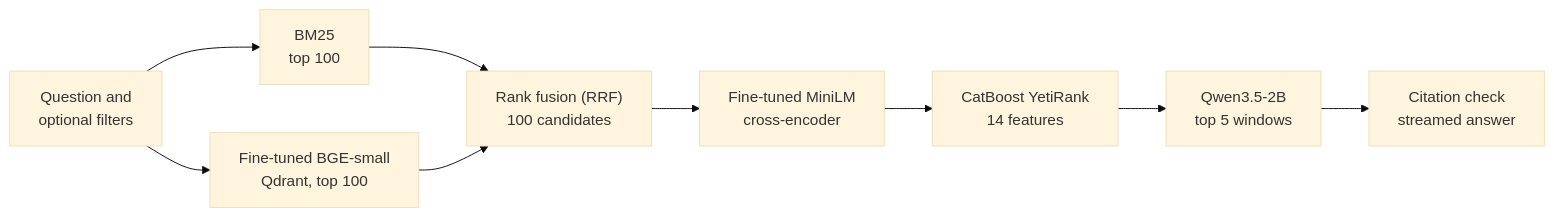
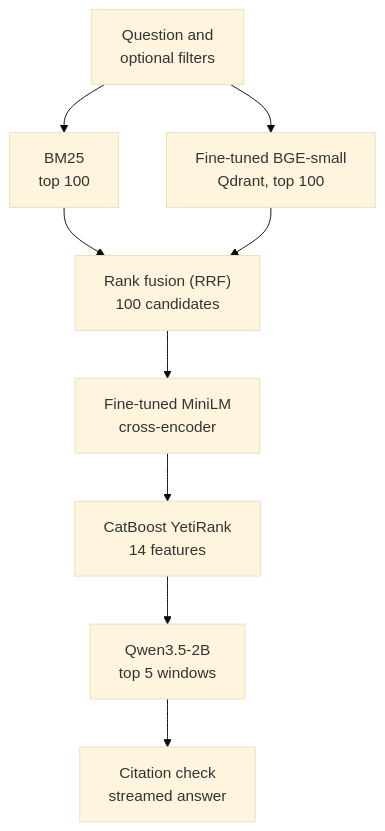
The diagram in README.md (flaretensor/ledgerlight), drawn with Mermaid (base theme) before and after one commit.

Commit message:
docs(readme): make pipeline diagram vertical

````diff
--- a/README.md
+++ b/README.md
@@ -11,12 +11,12 @@
 ```mermaid
 %%{init: {"flowchart": {"wrappingWidth": 400}}}%%
-flowchart LR
+flowchart TB
     Q["Question and<br/>optional filters"] --> B["BM25<br/>top 100"]
     Q --> D["Fine-tuned BGE-small<br/>Qdrant, top 100"]
     B --> R["Rank fusion (RRF)<br/>100 candidates"]
     D --> R
     R --> C["Fine-tuned MiniLM<br/>cross-encoder"]
     C --> L["CatBoost YetiRank<br/>14 features"]
     L --> G["Qwen3.5-2B<br/>top 5 windows"]
     G --> V["Citation check<br/>streamed answer"]
 ```
````
